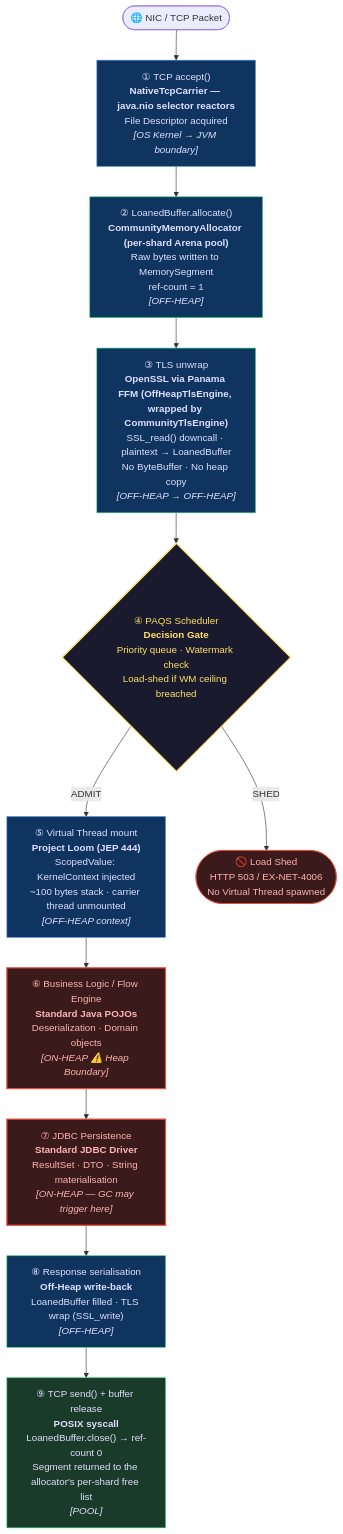
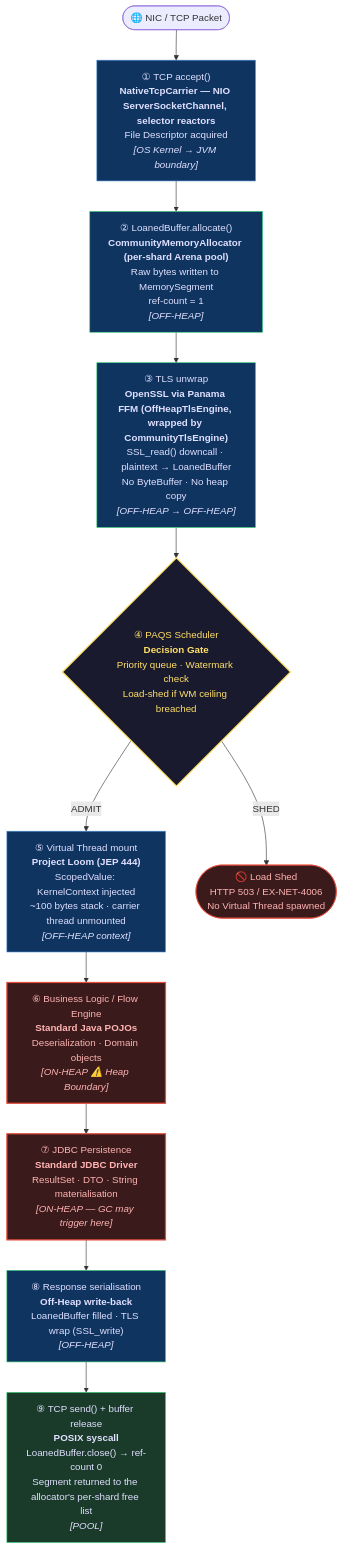
One commit to exeris-systems/exeris-kernel changed the diagram in docs/modules/03-community.md. Above: the diagram before and after it, drawn with Mermaid. The commit also changed other lines of this file and 12 other files, not shown here.

````diff
--- a/docs/modules/03-community.md
+++ b/docs/modules/03-community.md
@@ -42,37 +42,37 @@
 ```mermaid
 flowchart TD
     NIC(["🌐 NIC / TCP Packet"])
 
-    A["① TCP accept()\n<b>NativeTcpCarrier — java.nio selector reactors</b>\nFile Descriptor acquired\n<i>[OS Kernel → JVM boundary]</i>"]
+    A["① TCP accept()\n<b>NativeTcpCarrier — NIO ServerSocketChannel, selector reactors</b>\nFile Descriptor acquired\n<i>[OS Kernel → JVM boundary]</i>"]
 
     B["② LoanedBuffer.allocate()\n<b>CommunityMemoryAllocator (per-shard Arena pool)</b>\nRaw bytes written to MemorySegment\nref-count = 1\n<i>[OFF-HEAP]</i>"]
 
     C["③ TLS unwrap\n<b>OpenSSL via Panama FFM (OffHeapTlsEngine, wrapped by CommunityTlsEngine)</b>\nSSL_read() downcall · plaintext → LoanedBuffer\nNo ByteBuffer · No heap copy\n<i>[OFF-HEAP → OFF-HEAP]</i>"]
 
     D{"④ PAQS Scheduler\n<b>Decision Gate</b>\nPriority queue · Watermark check\nLoad-shed if WM ceiling breached"}
 
     E["⑤ Virtual Thread mount\n<b>Project Loom (JEP 444)</b>\nScopedValue: KernelContext injected\n~100 bytes stack · carrier thread unmounted\n<i>[OFF-HEAP context]</i>"]
 
     F["⑥ Business Logic / Flow Engine\n<b>Standard Java POJOs</b>\nDeserialization · Domain objects\n<i>[ON-HEAP ⚠️ Heap Boundary]</i>"]
 
     G["⑦ JDBC Persistence\n<b>Standard JDBC Driver</b>\nResultSet · DTO · String materialisation\n<i>[ON-HEAP — GC may trigger here]</i>"]
 
     H["⑧ Response serialisation\n<b>Off-Heap write-back</b>\nLoanedBuffer filled · TLS wrap (SSL_write)\n<i>[OFF-HEAP]</i>"]
 
     I["⑨ TCP send() + buffer release\n<b>POSIX syscall</b>\nLoanedBuffer.close() → ref-count 0\nSegment returned to the allocator's per-shard free list\n<i>[POOL]</i>"]
 
     NIC --> A --> B --> C --> D
     D -->|"ADMIT"| E --> F --> G --> H --> I
     D -->|"SHED"| SHED(["🚫 Load Shed\nHTTP 503 / EX-NET-4006\nNo Virtual Thread spawned"])
 
     style A fill:#0f3460,color:#e0e0ff,stroke:#4a90d9
     style B fill:#0f3460,color:#e0e0ff,stroke:#2ecc71
     style C fill:#0f3460,color:#e0e0ff,stroke:#2ecc71
     style D fill:#1a1a2e,color:#ffe066,stroke:#ffe066,stroke-width:2px
     style E fill:#0f3460,color:#e0e0ff,stroke:#4a90d9
     style F fill:#3a1a1a,color:#ffb3b3,stroke:#e74c3c,stroke-width:2px
     style G fill:#3a1a1a,color:#ffb3b3,stroke:#e74c3c,stroke-width:2px
     style H fill:#0f3460,color:#e0e0ff,stroke:#2ecc71
     style I fill:#1a3a2a,color:#e0e0ff,stroke:#2ecc71
     style SHED fill:#3a1a1a,color:#ffb3b3,stroke:#e74c3c
 ```
````
